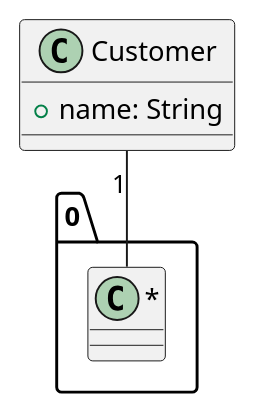
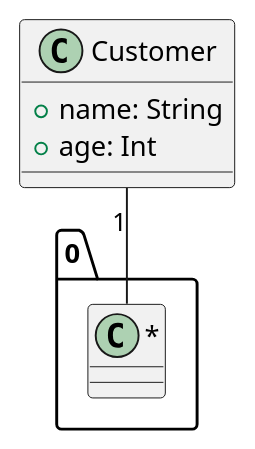
Before and after one commit to Haibrosh/OOAD_PlantUML_CICD: the diagram in docs/test-diagram.puml, drawn with PlantUML. The commit also changed 2 other files, not shown here.

```diff
--- a/docs/test-diagram.puml
+++ b/docs/test-diagram.puml
@@ -1,9 +1,10 @@
 @startuml
 
 class Customer {
     +name: String
+    +age: Int
 }
 
 Customer "1" -- "0..*" 
 
 @enduml
```
